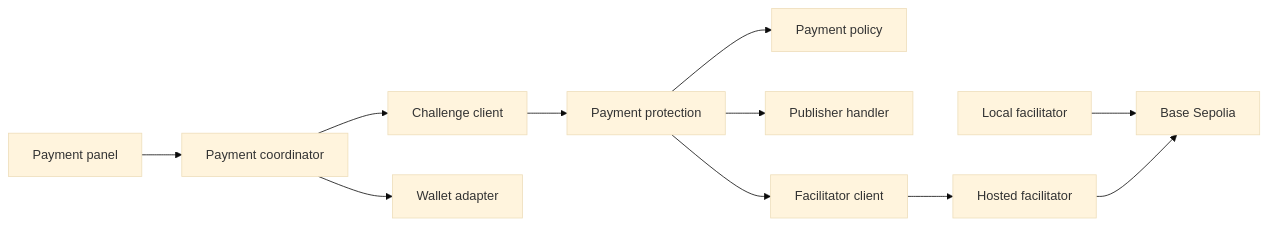
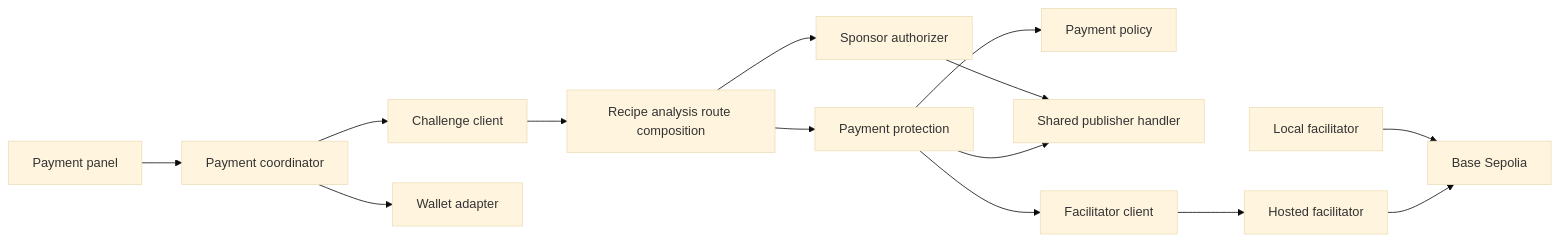
The first of 4 diagrams in .kiro/specs/x402-payment-access/design.md (mashharuki/OpenAI-WebMCP-Challenge-Hackathon2026), drawn with Mermaid (base theme) before and after one commit. The commit also changed other lines of this file and 13 other files, not shown here.

````diff
--- a/.kiro/specs/x402-payment-access/design.md
+++ b/.kiro/specs/x402-payment-access/design.md
@@ -67,13 +72,16 @@
 ```mermaid
 graph LR
     PaymentPanel[Payment panel] --> PaymentCoordinator[Payment coordinator]
     PaymentCoordinator --> ChallengeClient[Challenge client]
     PaymentCoordinator --> WalletAdapter[Wallet adapter]
-    ChallengeClient --> PaymentProtection[Payment protection]
+    ChallengeClient --> RouteComposition[Recipe analysis route composition]
+    RouteComposition --> SponsorAuthorizer[Sponsor authorizer]
+    RouteComposition --> PaymentProtection[Payment protection]
     PaymentProtection --> PaymentPolicy[Payment policy]
-    PaymentProtection --> PremiumHandler[Publisher handler]
+    SponsorAuthorizer --> PremiumHandler[Shared publisher handler]
+    PaymentProtection --> PremiumHandler
     PaymentProtection --> FacilitatorClient[Facilitator client]
     FacilitatorClient --> HostedFacilitator[Hosted facilitator]
     LocalFacilitator[Local facilitator] --> BaseSepolia[Base Sepolia]
     HostedFacilitator --> BaseSepolia
 ```
````
